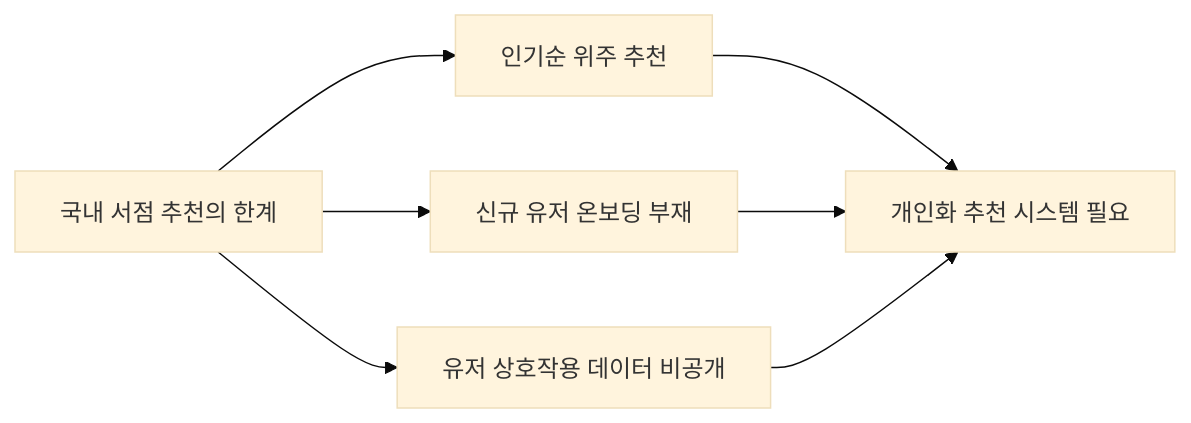
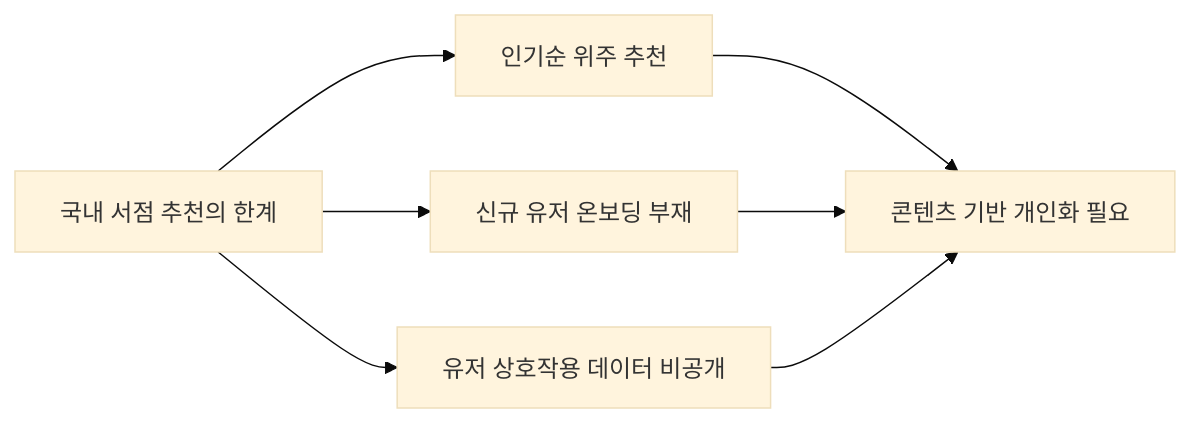
Before and after one commit to pssjun/korean-book-recommender: the first of 2 diagrams in BOOK_OVERVIEW_KOR.md, drawn with Mermaid (base theme). The commit also changed other lines of this file, not shown here.

````diff
--- a/BOOK_OVERVIEW_KOR.md
+++ b/BOOK_OVERVIEW_KOR.md
@@ -35,9 +42,9 @@
 ```mermaid
 flowchart LR
-    A[국내 서점 추천의 한계] --> B[인기순 위주 추천]
-    A --> C[신규 유저 온보딩 부재]
-    A --> D[유저 상호작용 데이터 비공개]
-    B --> E[개인화 추천 시스템 필요]
+    A["국내 서점 추천의 한계"] --> B["인기순 위주 추천"]
+    A --> C["신규 유저 온보딩 부재"]
+    A --> D["유저 상호작용 데이터 비공개"]
+    B --> E["콘텐츠 기반 개인화 필요"]
     C --> E
     D --> E
 ```
````
